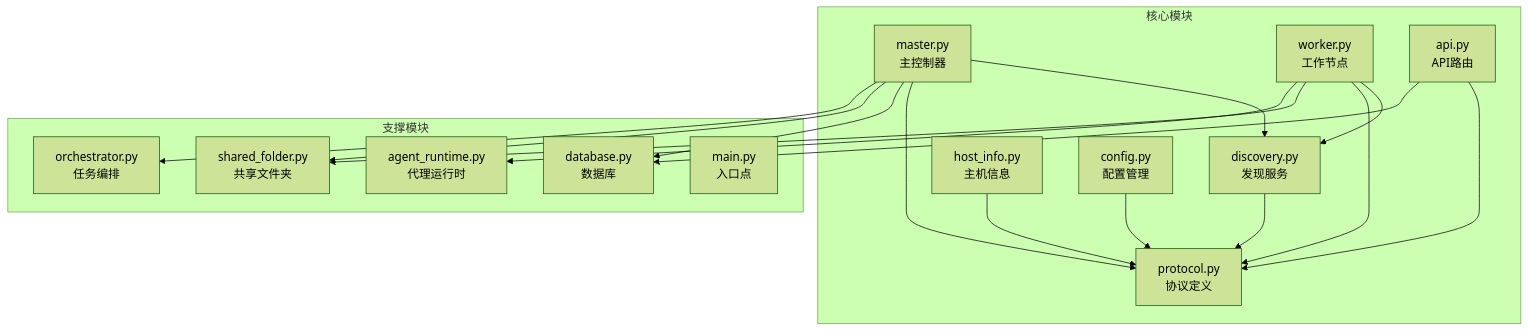
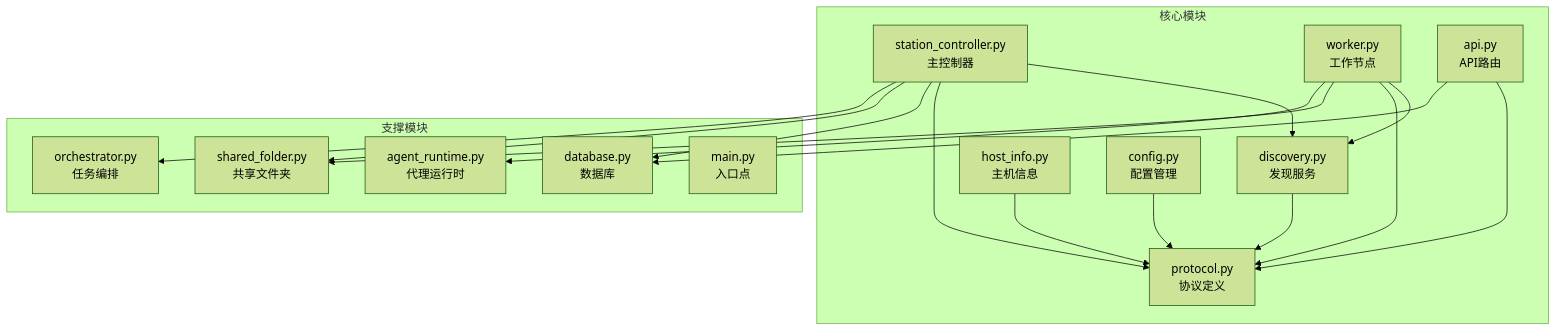
Before and after one commit to targalian/Personal-distributed-workstation: the first of 7 diagrams in .qoder/repowiki/zh/content/架构设计/设备发现系统.md, drawn with Mermaid (forest theme). The commit also changed other lines of this file and 63 other files, not shown here.

Commit message:
docs(station): 同步 repo wiki 至 station_controller/station_api 架构

````diff
--- a/.qoder/repowiki/zh/content/架构设计/设备发现系统.md
+++ b/.qoder/repowiki/zh/content/架构设计/设备发现系统.md
@@ -45,33 +45,33 @@
 ```mermaid
 graph TB
 subgraph "核心模块"
 A[discovery.py<br/>发现服务]
-B[master.py<br/>主控制器]
+B[station_controller.py<br/>主控制器]
 C[worker.py<br/>工作节点]
 D[protocol.py<br/>协议定义]
 E[host_info.py<br/>主机信息]
 F[api.py<br/>API路由]
 G[config.py<br/>配置管理]
 end
 subgraph "支撑模块"
 H[database.py<br/>数据库]
 I[shared_folder.py<br/>共享文件夹]
 J[orchestrator.py<br/>任务编排]
 K[agent_runtime.py<br/>代理运行时]
 L[main.py<br/>入口点]
 end
 A --> D
 B --> A
 B --> D
 B --> H
 B --> I
 B --> J
 C --> A
 C --> D
 C --> I
 C --> K
 F --> D
 F --> H
 G --> D
 E --> D
 ```
````
